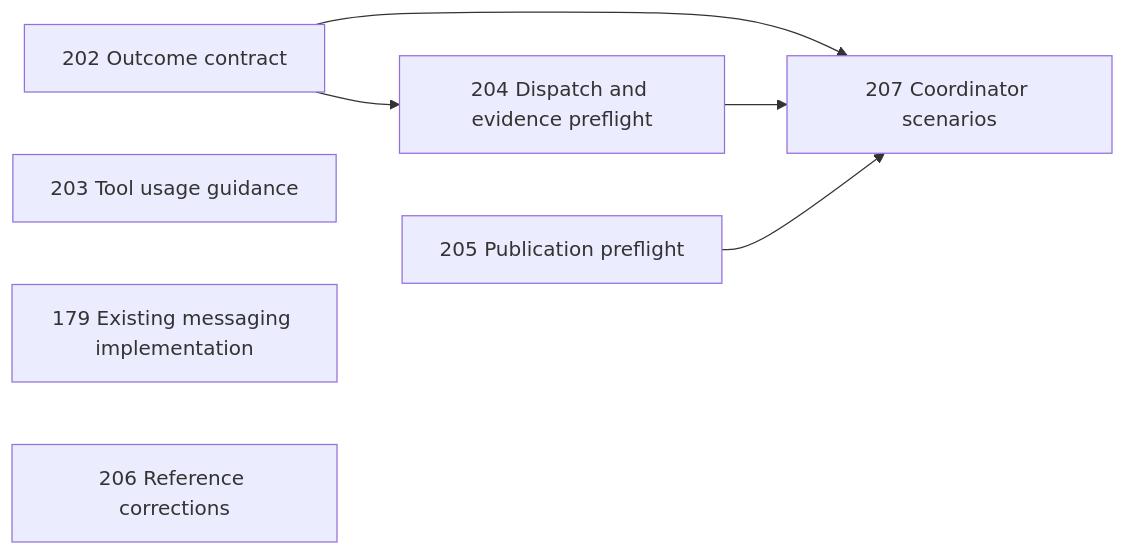
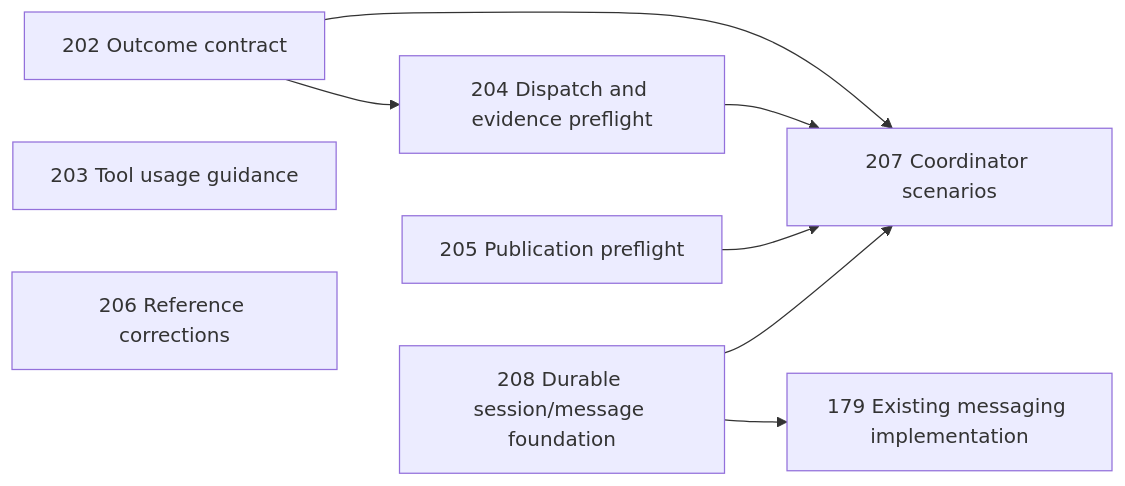
Before and after one commit to smileynet/grey-matter: the first of 2 diagrams in docs/plan.md, drawn with Mermaid. The commit also changed other lines of this file and 4 other files, not shown here.

Commit message:
docs(orchestration): record tool coverage and messaging foundation scope

````diff
--- a/docs/plan.md
+++ b/docs/plan.md
@@ -226,10 +227,11 @@
 ```mermaid
 flowchart LR
   A202[202 Outcome contract] --> A204[204 Dispatch and evidence preflight]
   A202 --> A207[207 Coordinator scenarios]
   A204 --> A207
   A205[205 Publication preflight] --> A207
+  A208[208 Durable session/message foundation] --> A179[179 Existing messaging implementation]
+  A208 --> A207
   A203[203 Tool usage guidance]
-  A179[179 Existing messaging implementation]
   A206[206 Reference corrections]
 ```
````
